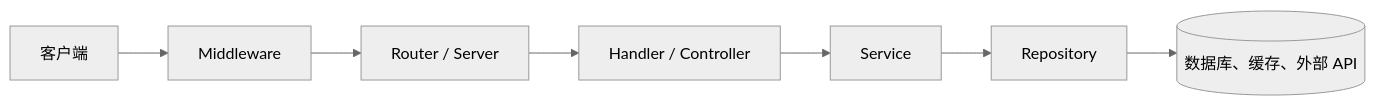
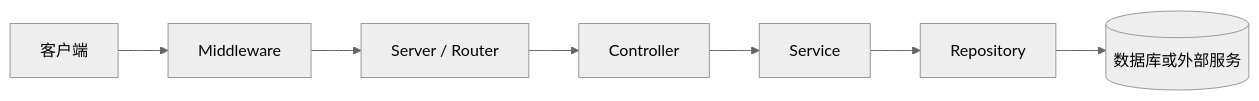
Before and after one commit to zzxrepository/gocode: the diagram in src/backend/go/advanced/04-engineering-practice/01-go-project-structure-and-layered-architecture.md, drawn with Mermaid (neutral theme). The commit also changed other lines of this file, not shown here.

```diff
--- a/src/backend/go/advanced/04-engineering-practice/01-go-project-structure-and-layered-architecture.md
+++ b/src/backend/go/advanced/04-engineering-practice/01-go-project-structure-and-layered-architecture.md
@@ -128,9 +29,9 @@
 ~~~mermaid
 flowchart LR
-    C[客户端] --> M[Middleware]
-    M --> R[Router / Server]
-    R --> H[Handler / Controller]
-    H --> S[Service]
-    S --> P[Repository]
-    P --> D[(数据库、缓存、外部 API)]
+    Client[客户端] --> Middleware[Middleware]
+    Middleware --> Server[Server / Router]
+    Server --> Controller[Controller]
+    Controller --> Service[Service]
+    Service --> Repository[Repository]
+    Repository --> Resource[(数据库或外部服务)]
 ~~~
```
